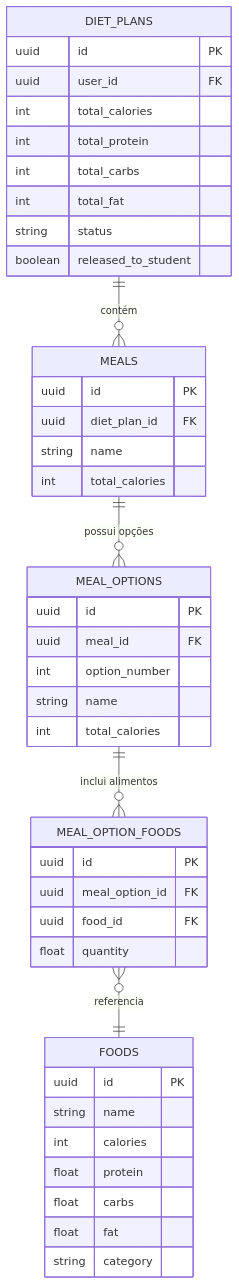
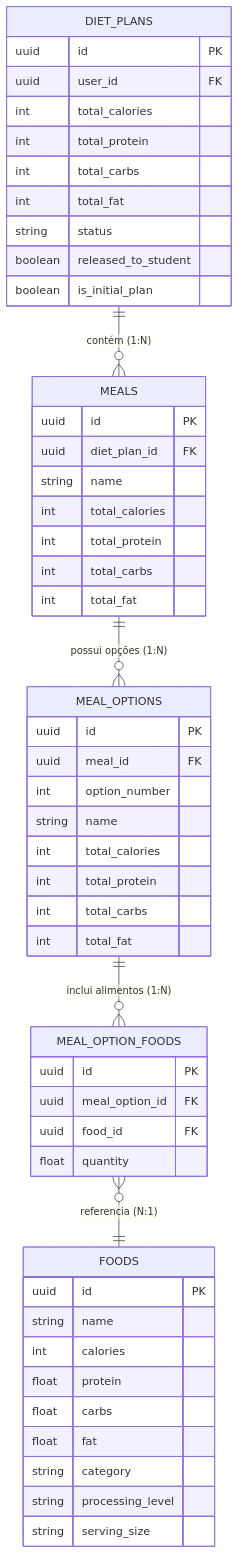
Before and after one commit to oliveiraViny22/nutria-plan-wise: the second of 3 diagrams in docs/DOCUMENTACAO_TECNICA_NUTRIAPLAN.md, drawn with Mermaid. The commit also changed other lines of this file and 1 other file, not shown here.

````diff
--- a/docs/DOCUMENTACAO_TECNICA_NUTRIAPLAN.md
+++ b/docs/DOCUMENTACAO_TECNICA_NUTRIAPLAN.md
@@ -316,50 +260,59 @@
 ```mermaid
 erDiagram
-    DIET_PLANS ||--o{ MEALS : "contém"
-    MEALS ||--o{ MEAL_OPTIONS : "possui opções"
-    MEAL_OPTIONS ||--o{ MEAL_OPTION_FOODS : "inclui alimentos"
-    MEAL_OPTION_FOODS }o--|| FOODS : "referencia"
+    DIET_PLANS ||--o{ MEALS : "contém (1:N)"
+    MEALS ||--o{ MEAL_OPTIONS : "possui opções (1:N)"
+    MEAL_OPTIONS ||--o{ MEAL_OPTION_FOODS : "inclui alimentos (1:N)"
+    MEAL_OPTION_FOODS }o--|| FOODS : "referencia (N:1)"
     
     DIET_PLANS {
         uuid id PK
         uuid user_id FK
         int total_calories
         int total_protein
         int total_carbs
         int total_fat
         string status
         boolean released_to_student
+        boolean is_initial_plan
     }
     
     MEALS {
         uuid id PK
         uuid diet_plan_id FK
         string name
         int total_calories
+        int total_protein
+        int total_carbs
+        int total_fat
     }
     
     MEAL_OPTIONS {
         uuid id PK
         uuid meal_id FK
         int option_number
         string name
         int total_calories
+        int total_protein
+        int total_carbs
+        int total_fat
     }
     
     MEAL_OPTION_FOODS {
         uuid id PK
         uuid meal_option_id FK
         uuid food_id FK
         float quantity
     }
     
     FOODS {
         uuid id PK
         string name
         int calories
         float protein
         float carbs
         float fat
         string category
+        string processing_level
+        string serving_size
     }
 ```
````
